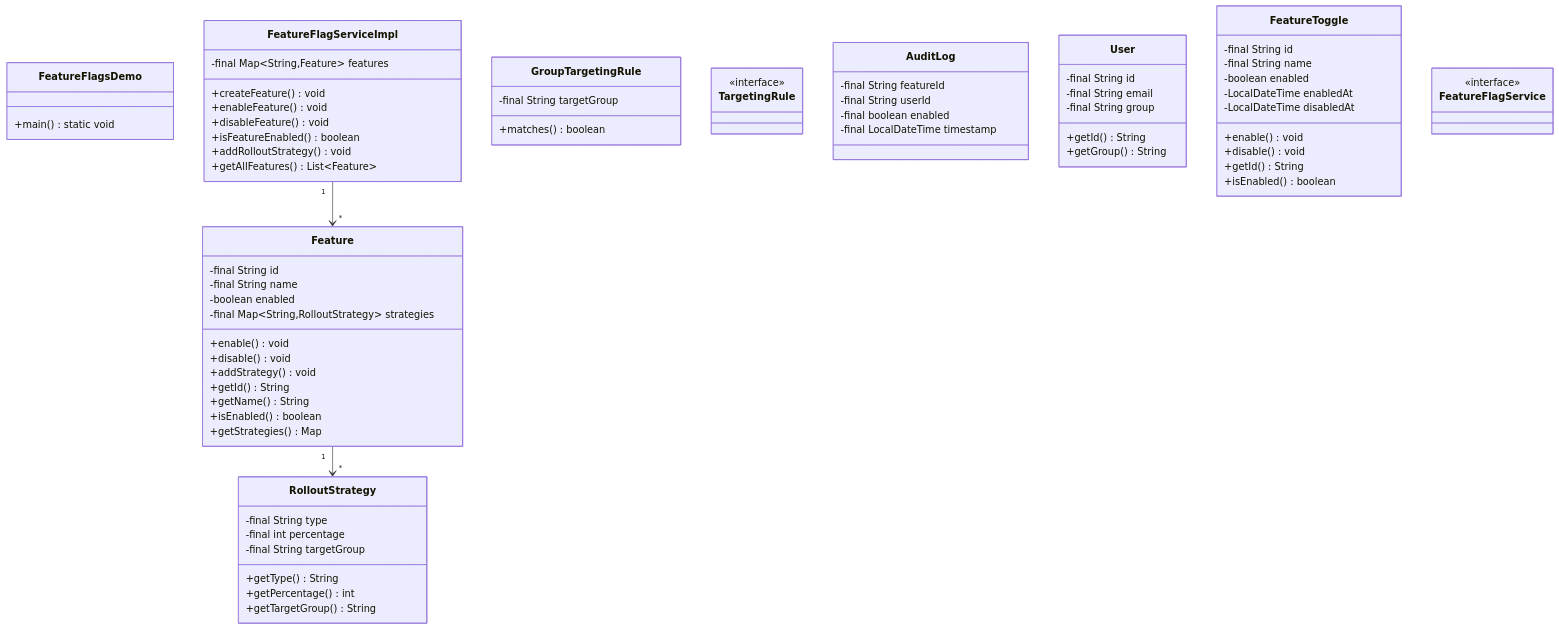
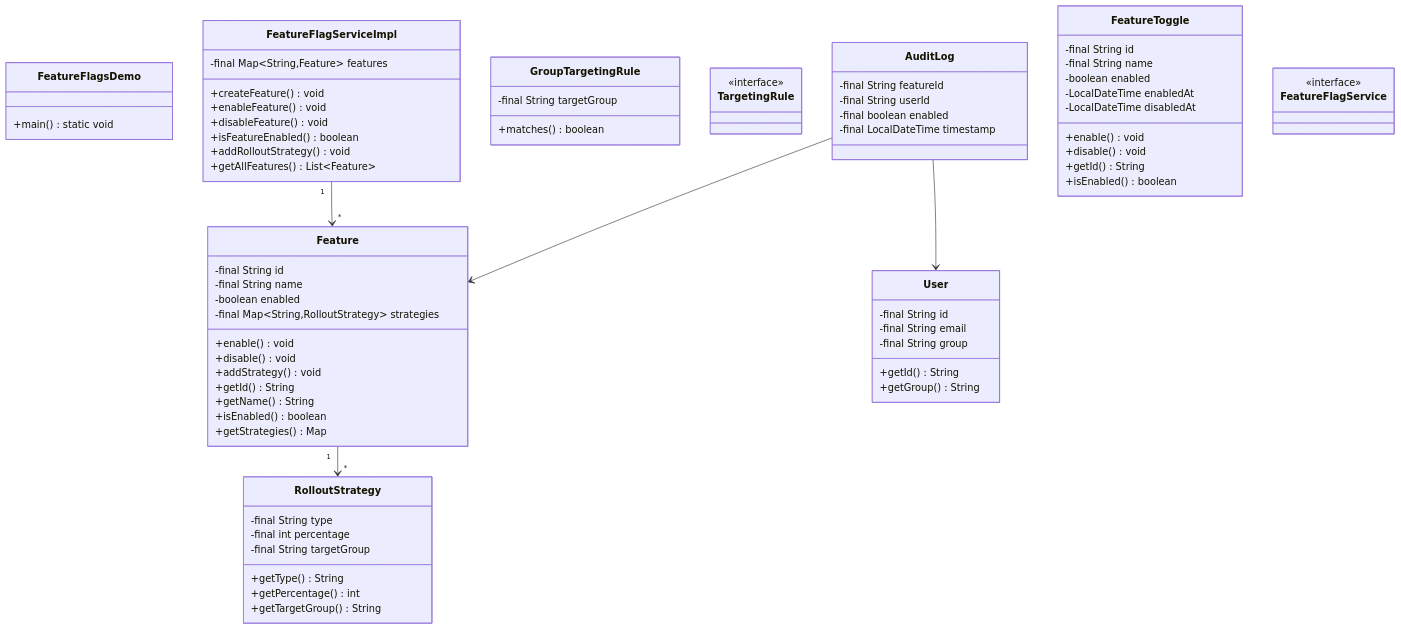
One commit to dlkr18/lld-playbook changed the diagram in docs/problems/featureflags/README.md. Above: the diagram before and after it, drawn with Mermaid. The commit also changed 61 other files, not shown here.

````diff
--- a/docs/problems/featureflags/README.md
+++ b/docs/problems/featureflags/README.md
@@ -155,5 +155,7 @@
     <<interface>> FeatureFlagService
 
     FeatureFlagServiceImpl "1" --> "*" Feature
+    AuditLog --> Feature
+    AuditLog --> User
     Feature "1" --> "*" RolloutStrategy
 ```
````
